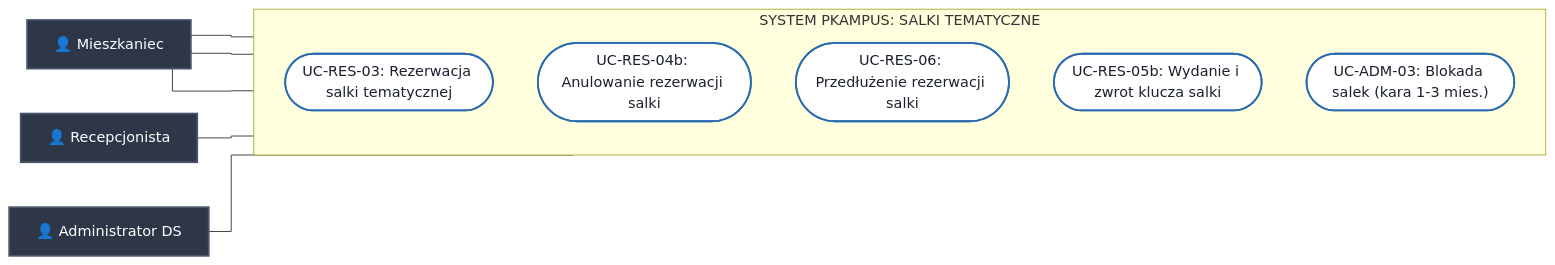
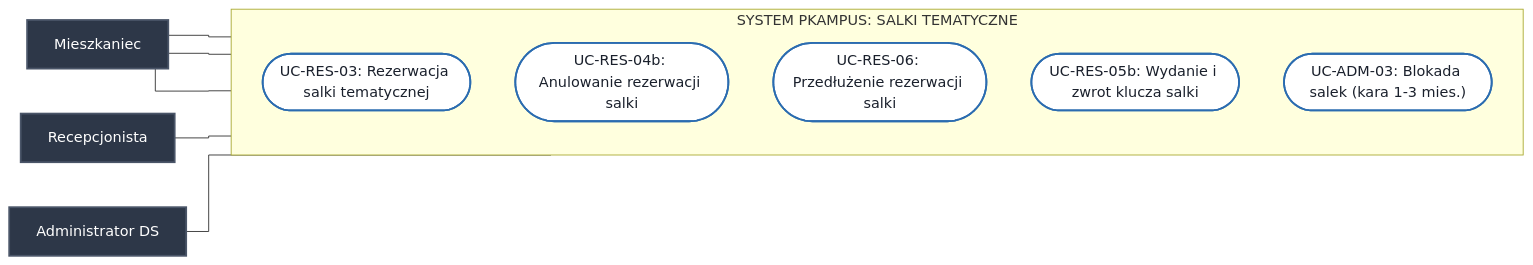
The fourth of 8 diagrams in Docs/Diagramy_Przypadkow_Uzycia.md (Buczy8/PKampus), drawn with Mermaid before and after one commit. The commit also changed other lines of this file and 3 other files, not shown here.

Commit message:
docs: update use case and sequence diagrams for PKampus system, improve clarity and consistency

````diff
--- a/Docs/Diagramy_Przypadkow_Uzycia.md
+++ b/Docs/Diagramy_Przypadkow_Uzycia.md
@@ -137,27 +142,27 @@
 ```mermaid
 %%{init: {'flowchart': {'curve': 'stepBefore'}}}%%
 flowchart LR
     classDef actorStyle fill:#2d3748,stroke:#4a5568,stroke-width:2px,color:#fff;
     classDef ucStyle fill:#fff,stroke:#2b6cb0,stroke-width:2px,color:#1a202c;
 
-    Student["👤 Mieszkaniec"]:::actorStyle
+    Student["Mieszkaniec"]:::actorStyle
 
     subgraph System_Rooms ["SYSTEM PKAMPUS: SALKI TEMATYCZNE"]
         direction TB
         UC_ROOM_01(["UC-RES-03: Rezerwacja salki tematycznej"]):::ucStyle
         UC_ROOM_02(["UC-RES-04b: Anulowanie rezerwacji salki"]):::ucStyle
         UC_ROOM_05(["UC-RES-06: Przedłużenie rezerwacji salki"]):::ucStyle
         UC_ROOM_03(["UC-RES-05b: Wydanie i zwrot klucza salki"]):::ucStyle
         UC_ROOM_04(["UC-ADM-03: Blokada salek (kara 1-3 mies.)"]):::ucStyle
     end
 
-    Portier["👤 Recepcjonista"]:::actorStyle
-    AdminDS["👤 Administrator DS"]:::actorStyle
+    Portier["Recepcjonista"]:::actorStyle
+    AdminDS["Administrator DS"]:::actorStyle
 
     Student --- UC_ROOM_01
     Student --- UC_ROOM_02
     Student --- UC_ROOM_05
 
     Portier --- UC_ROOM_03
     AdminDS --- UC_ROOM_04
 ```
````
